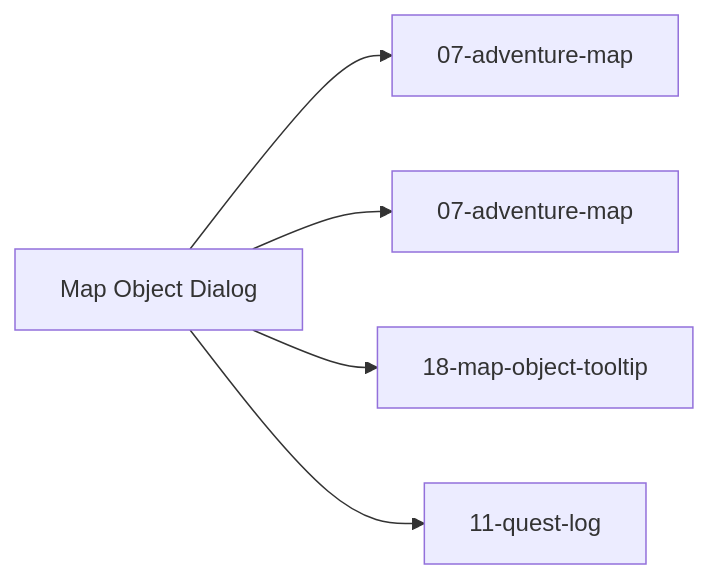
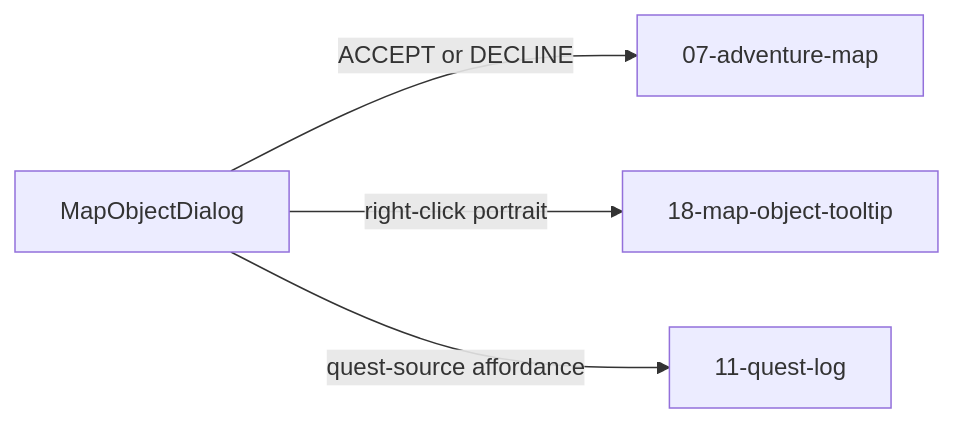
The fifth of 5 diagrams in docs/architecture/wiki/screens/09-map-object-dialog/architecture.md (SunaNoOshiro/Heroes_Reforged_AI_Realms), drawn with Mermaid before and after one commit. The commit also changed other lines of this file and 518 other files, not shown here.

First line of the commit message:
Add doc-audit skill and sweep architecture/screen docs

````diff
--- a/docs/architecture/wiki/screens/09-map-object-dialog/architecture.md
+++ b/docs/architecture/wiki/screens/09-map-object-dialog/architecture.md
@@ -68,8 +67,7 @@
 ```mermaid
 flowchart LR
-  Current["Map Object Dialog"]
-  Current --> T0["07-adventure-map"]
-  Current --> T1["07-adventure-map"]
-  Current --> T2["18-map-object-tooltip"]
-  Current --> T3["11-quest-log"]
+  Current["MapObjectDialog"]
+  Current -->|ACCEPT or DECLINE| T0["07-adventure-map"]
+  Current -->|right-click portrait| T1["18-map-object-tooltip"]
+  Current -->|quest-source affordance| T2["11-quest-log"]
 ```
````
